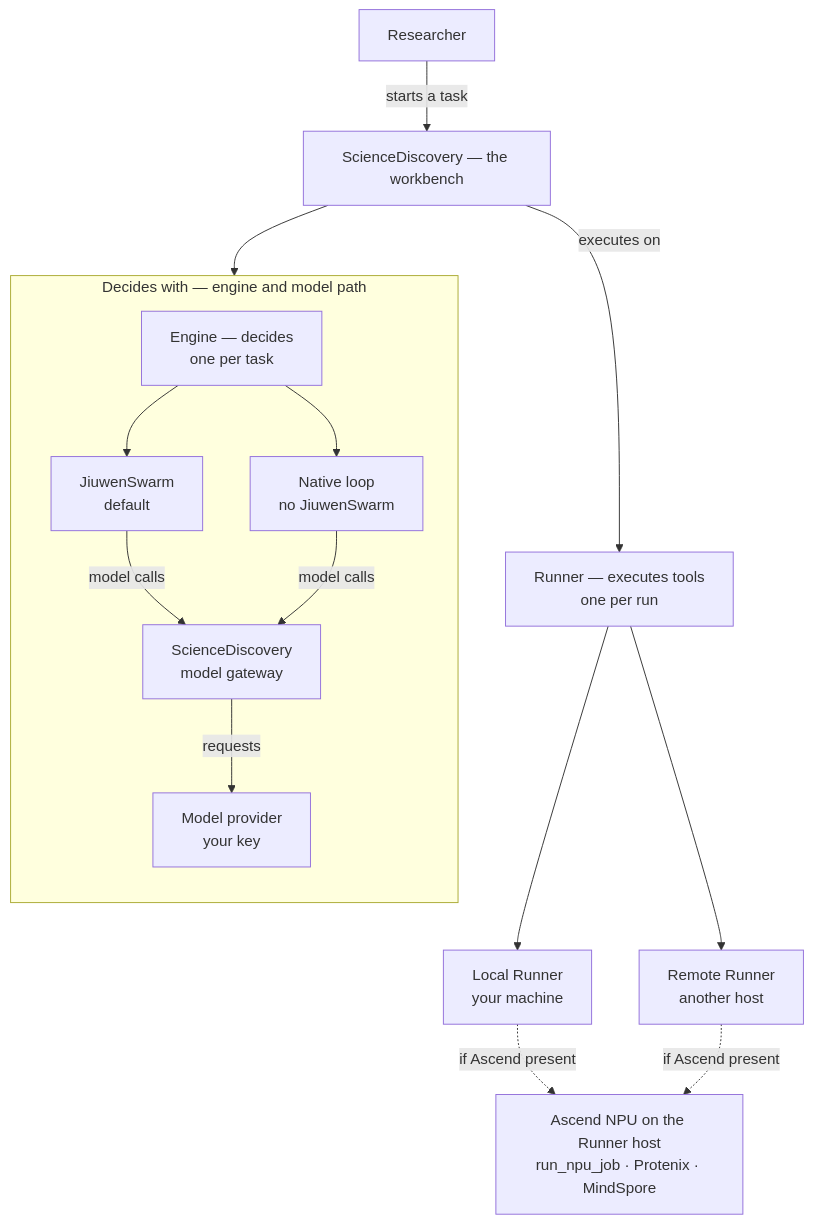
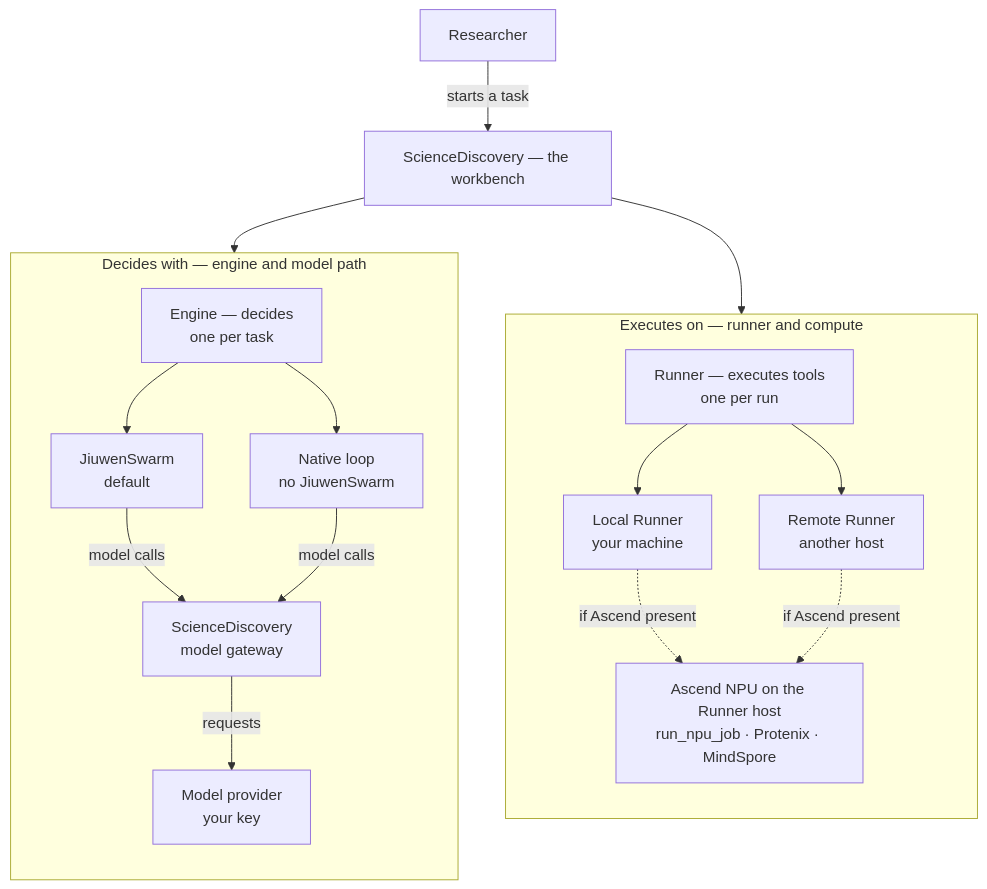
The first of 5 diagrams in company/sciencediscovery/overview.md (michaelatamuk/agentic-desk), drawn with Mermaid before and after one commit.

Commit message:
docs(company): group the executor branch in a superbox

````diff
--- a/company/sciencediscovery/overview.md
+++ b/company/sciencediscovery/overview.md
@@ -32,33 +32,37 @@
 ```mermaid
 flowchart TD
   R["Researcher"]
   SD["ScienceDiscovery — the workbench"]
 
   subgraph DEC["Decides with — engine and model path"]
     direction TB
     ENG["Engine — decides<br/>one per task"]
     JS["JiuwenSwarm<br/>default"]
     NL["Native loop<br/>no JiuwenSwarm"]
     GW["ScienceDiscovery<br/>model gateway"]
     MP["Model provider<br/>your key"]
 
     ENG --> JS
     ENG --> NL
     JS -->|"model calls"| GW
     NL -->|"model calls"| GW
     GW -->|"requests"| MP
   end
 
-  RUN["Runner — executes tools<br/>one per run"]
-  LR["Local Runner<br/>your machine"]
-  RR["Remote Runner<br/>another host"]
-  NPU["Ascend NPU on the Runner host<br/>run_npu_job · Protenix · MindSpore"]
+  subgraph EXE["Executes on — runner and compute"]
+    direction TB
+    RUN["Runner — executes tools<br/>one per run"]
+    LR["Local Runner<br/>your machine"]
+    RR["Remote Runner<br/>another host"]
+    NPU["Ascend NPU on the Runner host<br/>run_npu_job · Protenix · MindSpore"]
+
+    RUN --> LR
+    RUN --> RR
+    LR -.->|"if Ascend present"| NPU
+    RR -.->|"if Ascend present"| NPU
+  end
 
   R -->|"starts a task"| SD
   SD --> DEC
-  SD -->|"executes on"| RUN
-  RUN --> LR
-  RUN --> RR
-  LR -.->|"if Ascend present"| NPU
-  RR -.->|"if Ascend present"| NPU
+  SD --> EXE
 ```
````
